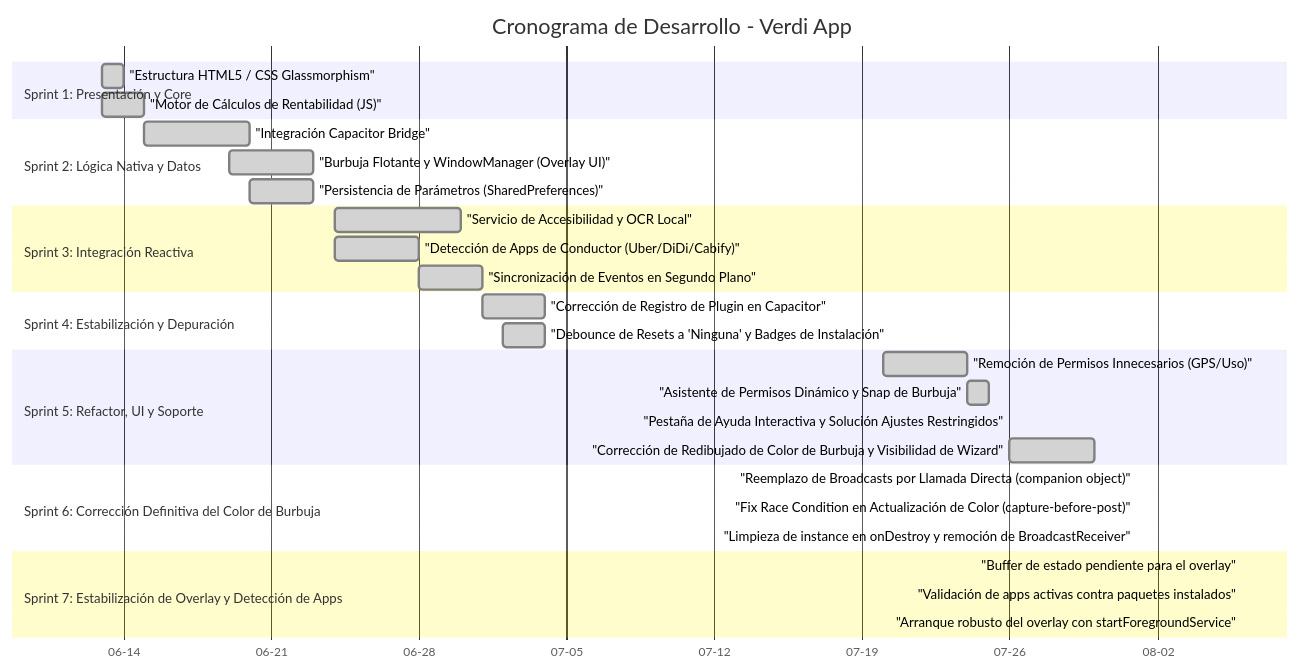
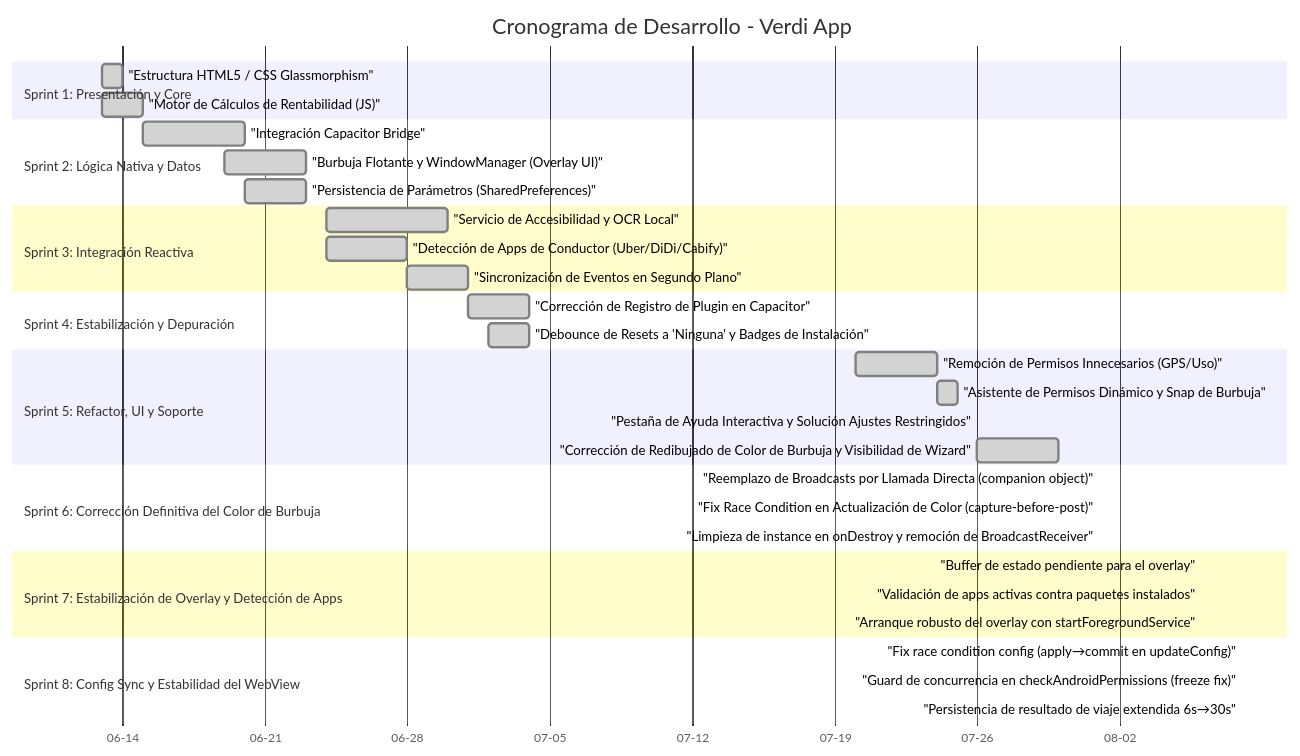
One commit to JorgeFreire95/Verdi changed the diagram in CRONOGRAMA_DESARROLLO.md. Above: the diagram before and after it, drawn with Mermaid. The commit also changed other lines of this file and 3 other files, not shown here.

````diff
--- a/CRONOGRAMA_DESARROLLO.md
+++ b/CRONOGRAMA_DESARROLLO.md
@@ -11,40 +11,45 @@
 ```mermaid
 gantt
     title Cronograma de Desarrollo - Verdi App
     dateFormat  YYYY-MM-DD
     axisFormat  %m-%d
     
     section Sprint 1: Presentación y Core
     "Estructura HTML5 / CSS Glassmorphism" :done, s1a, 2026-06-13, 2026-06-14
     "Motor de Cálculos de Rentabilidad (JS)" :done, s1b, 2026-06-13, 2026-06-15
     
     section Sprint 2: Lógica Nativa y Datos
     "Integración Capacitor Bridge" :done, s2a, 2026-06-15, 2026-06-20
     "Burbuja Flotante y WindowManager (Overlay UI)" :done, s2b, 2026-06-19, 2026-06-23
     "Persistencia de Parámetros (SharedPreferences)" :done, s2c, 2026-06-20, 2026-06-23
     
     section Sprint 3: Integración Reactiva
     "Servicio de Accesibilidad y OCR Local" :done, s3a, 2026-06-24, 2026-06-30
     "Detección de Apps de Conductor (Uber/DiDi/Cabify)" :done, s3b, 2026-06-24, 2026-06-28
     "Sincronización de Eventos en Segundo Plano" :done, s3c, 2026-06-28, 2026-07-01
     
     section Sprint 4: Estabilización y Depuración
     "Corrección de Registro de Plugin en Capacitor" :done, s4a, 2026-07-01, 2026-07-04
     "Debounce de Resets a 'Ninguna' y Badges de Instalación" :done, s4b, 2026-07-02, 2026-07-04
     
     section Sprint 5: Refactor, UI y Soporte
     "Remoción de Permisos Innecesarios (GPS/Uso)" :done, s5a, 2026-07-20, 2026-07-24
     "Asistente de Permisos Dinámico y Snap de Burbuja" :done, s5b, 2026-07-24, 2026-07-25
     "Pestaña de Ayuda Interactiva y Solución Ajustes Restringidos" :done, s5c, 2026-07-26, 2026-07-26
     "Corrección de Redibujado de Color de Burbuja y Visibilidad de Wizard" :done, s5d, 2026-07-26, 2026-07-30
     
     section Sprint 6: Corrección Definitiva del Color de Burbuja
     "Reemplazo de Broadcasts por Llamada Directa (companion object)" :done, s6a, 2026-08-01, 2026-08-01
     "Fix Race Condition en Actualización de Color (capture-before-post)" :done, s6b, 2026-08-01, 2026-08-01
     "Limpieza de instance en onDestroy y remoción de BroadcastReceiver" :done, s6c, 2026-08-01, 2026-08-01
 
     section Sprint 7: Estabilización de Overlay y Detección de Apps
     "Buffer de estado pendiente para el overlay" :done, s7a, 2026-08-06, 2026-08-06
     "Validación de apps activas contra paquetes instalados" :done, s7b, 2026-08-06, 2026-08-06
     "Arranque robusto del overlay con startForegroundService" :done, s7c, 2026-08-06, 2026-08-06
+
+    section Sprint 8: Config Sync y Estabilidad del WebView
+    "Fix race condition config (apply→commit en updateConfig)" :done, s8a, 2026-08-08, 2026-08-08
+    "Guard de concurrencia en checkAndroidPermissions (freeze fix)" :done, s8b, 2026-08-08, 2026-08-08
+    "Persistencia de resultado de viaje extendida 6s→30s" :done, s8c, 2026-08-08, 2026-08-08
 ```
````
